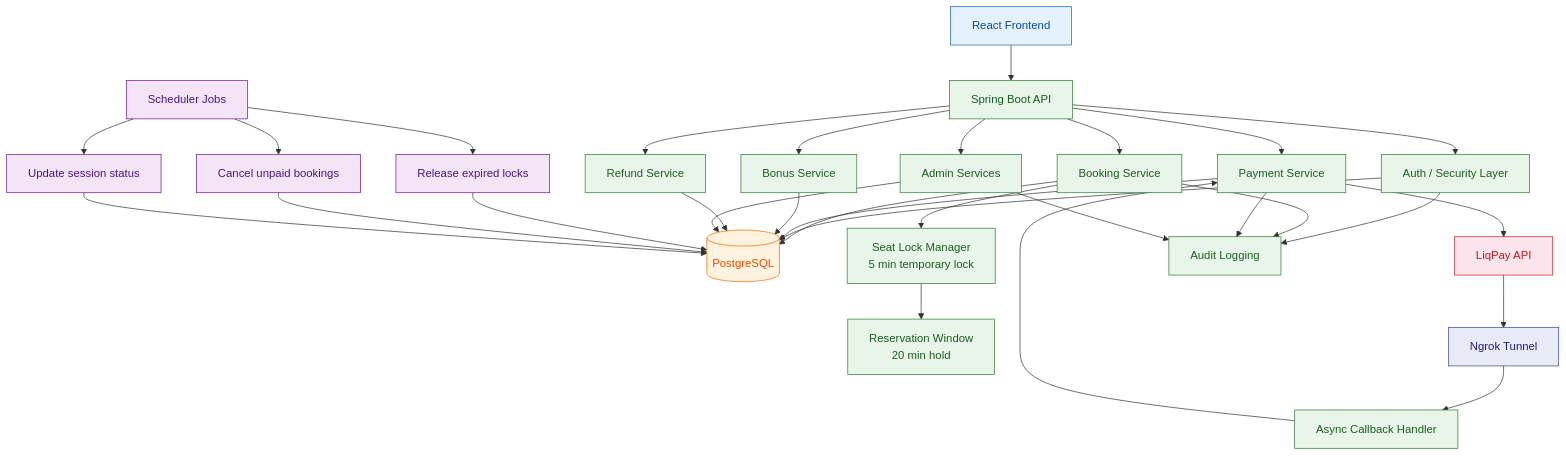
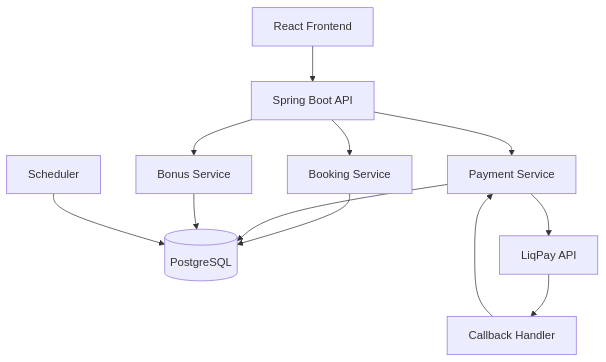
The diagram in README.md (AntonBas/Cinema), drawn with Mermaid before and after one commit. The commit also changed other lines of this file, not shown here.

````diff
--- a/README.md
+++ b/README.md
@@ -69,58 +155,18 @@
 ```mermaid
 flowchart TD
-    %% Styles
-    classDef client fill:#e3f2fd,stroke:#1565c0,color:#0d47a1
-    classDef backend fill:#e8f5e9,stroke:#2e7d32,color:#1b5e20
-    classDef db fill:#fff3e0,stroke:#ef6c00,color:#e65100
-    classDef external fill:#fce4ec,stroke:#c62828,color:#b71c1c
-    classDef scheduler fill:#f3e5f5,stroke:#6a1b9a,color:#4a148c
-    classDef tunnel fill:#e8eaf6,stroke:#3949ab,color:#1a237e
+    A[React Frontend] --> B[Spring Boot API]
 
-    %% ========== CLIENT ==========
-    A[React Frontend]:::client
+    B --> C[Booking Service]
+    B --> D[Payment Service]
+    B --> E[Bonus Service]
 
-    %% ========== BACKEND ==========
-    A --> B[Spring Boot API]:::backend
-
-    B --> C[Auth / Security Layer]:::backend
-    B --> D[Booking Service]:::backend
-    B --> E[Payment Service]:::backend
-    B --> F[Bonus Service]:::backend
-    B --> G[Refund Service]:::backend
-    B --> H[Admin Services]:::backend
-
-    %% ========== DATABASE ==========
-    C --> DB[(PostgreSQL)]:::db
+    C --> DB[(PostgreSQL)]
     D --> DB
     E --> DB
-    F --> DB
-    G --> DB
-    H --> DB
 
-    %% ========== CONCURRENCY FLOW ==========
-    D --> L[Seat Lock Manager<br/>5 min temporary lock]:::backend
-    L --> R[Reservation Window<br/>20 min hold]:::backend
+    D --> P[LiqPay API]
+    P --> CB[Callback Handler]
+    CB --> D
 
-    %% ========== PAYMENT FLOW ==========
-    E --> P[LiqPay API]:::external
-    P --> N[Ngrok Tunnel]:::tunnel
-    N --> CB[Async Callback Handler]:::backend
-    CB --> E
-
-    %% ========== SCHEDULER ==========
-    S[Scheduler Jobs]:::scheduler
-
-    S --> SL[Release expired locks]:::scheduler
-    S --> SB[Cancel unpaid bookings]:::scheduler
-    S --> SS[Update session status]:::scheduler
-
-    SL --> DB
-    SB --> DB
-    SS --> DB
-
-    %% ========== CROSS-CUTTING ==========
-    C --> AUDIT[Audit Logging]:::backend
-    D --> AUDIT
-    E --> AUDIT
-    H --> AUDIT
+    S[Scheduler] --> DB
 ```
````
